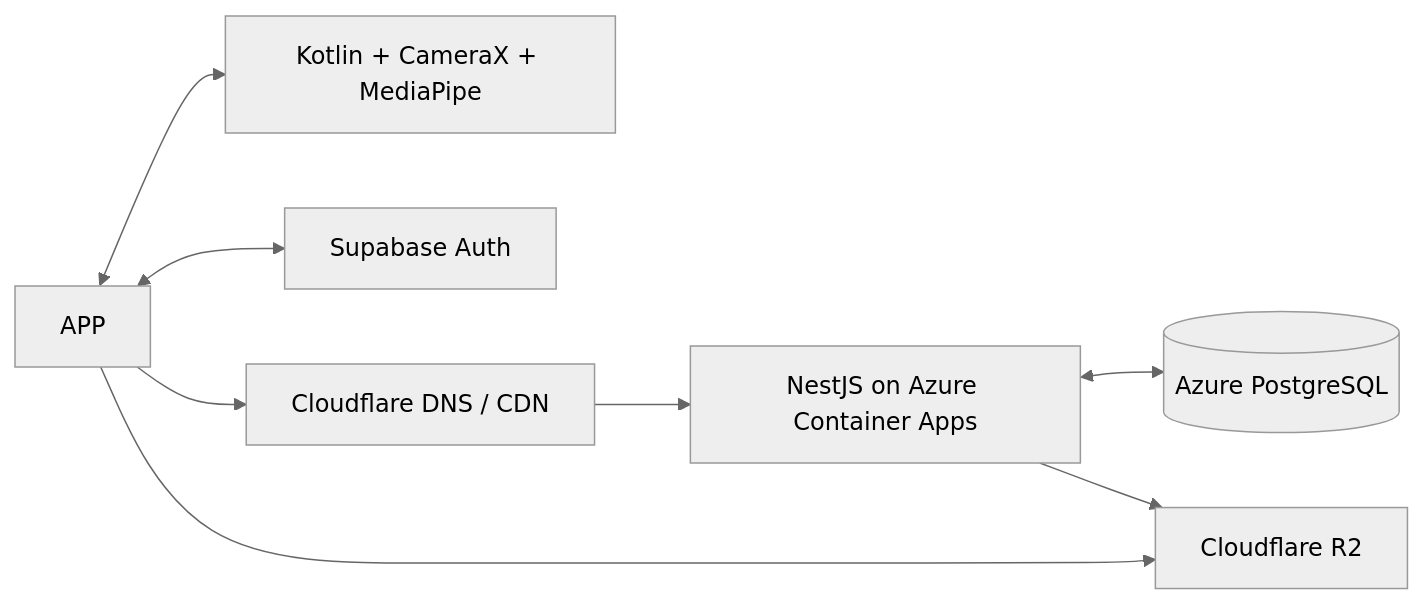
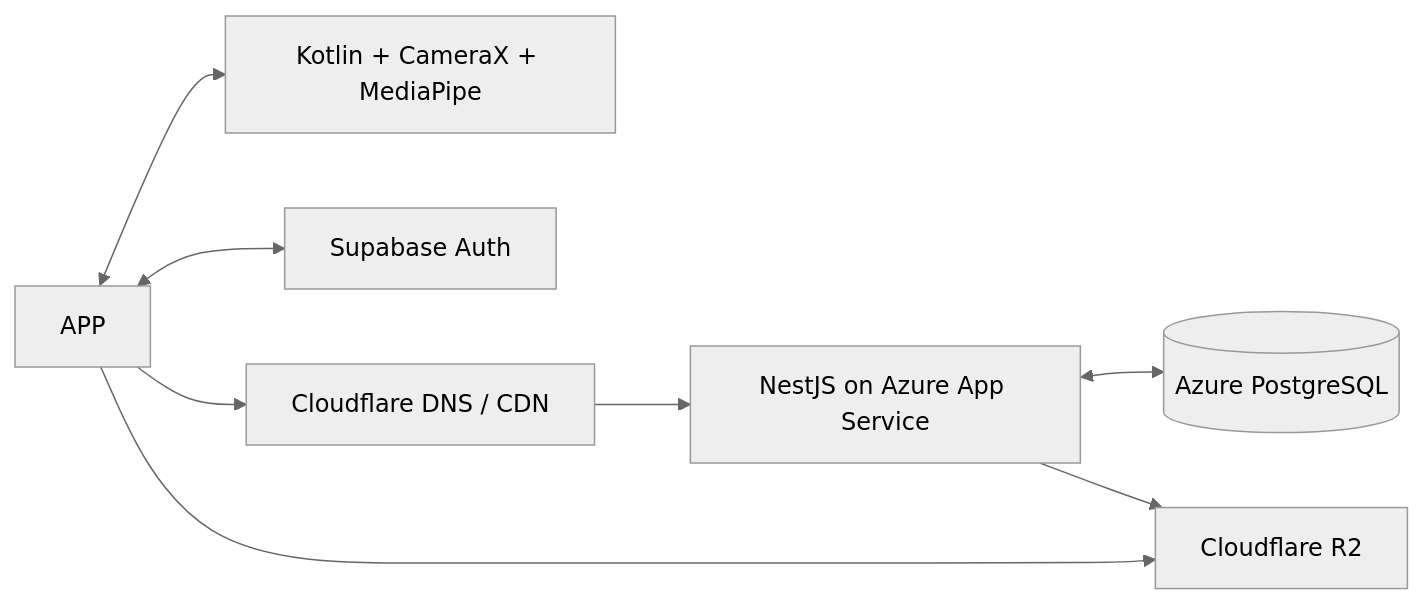
The diagram in README.md (Xavrir/PocketTrainer), drawn with Mermaid (neutral theme) before and after one commit. The commit also changed other lines of this file and 52 other files, not shown here.

````diff
--- a/README.md
+++ b/README.md
@@ -47,10 +47,10 @@
 ```mermaid
 flowchart LR
   APP <--> POSE[Kotlin + CameraX + MediaPipe]
   APP <--> AUTH[Supabase Auth]
   APP --> EDGE[Cloudflare DNS / CDN]
-  EDGE --> API[NestJS on Azure Container Apps]
+  EDGE --> API[NestJS on Azure App Service]
   API <--> DB[(Azure PostgreSQL)]
   API --> R2[Cloudflare R2]
   APP --> R2
 ```
````
